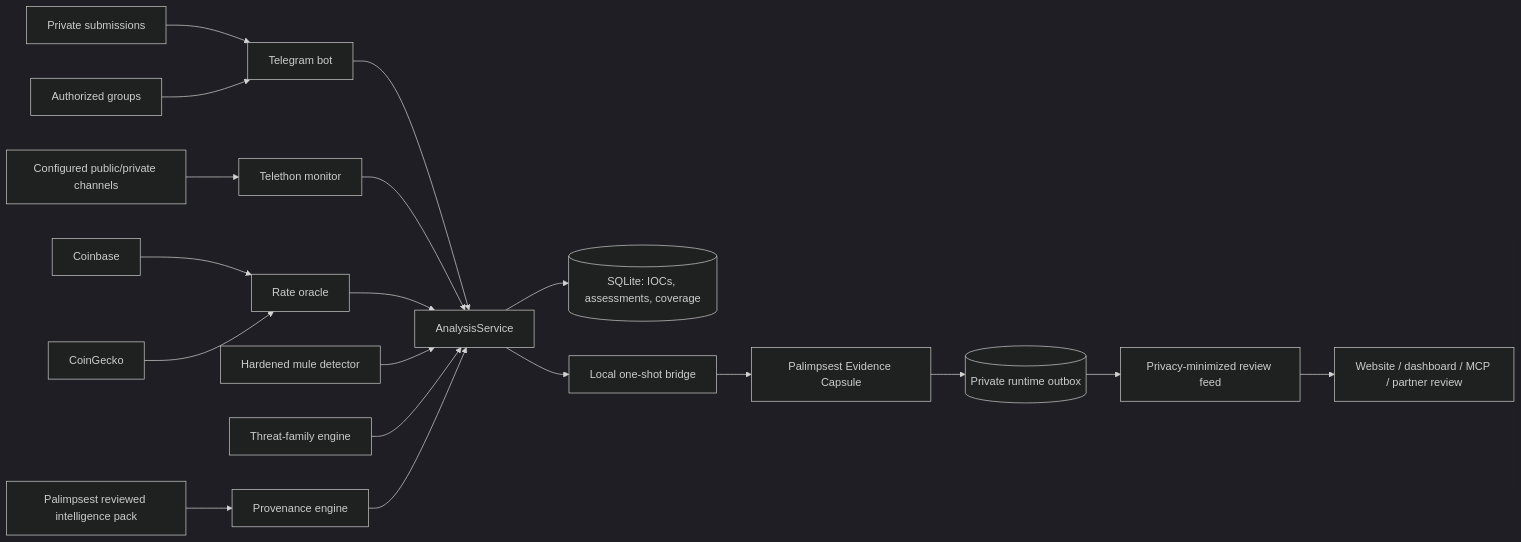
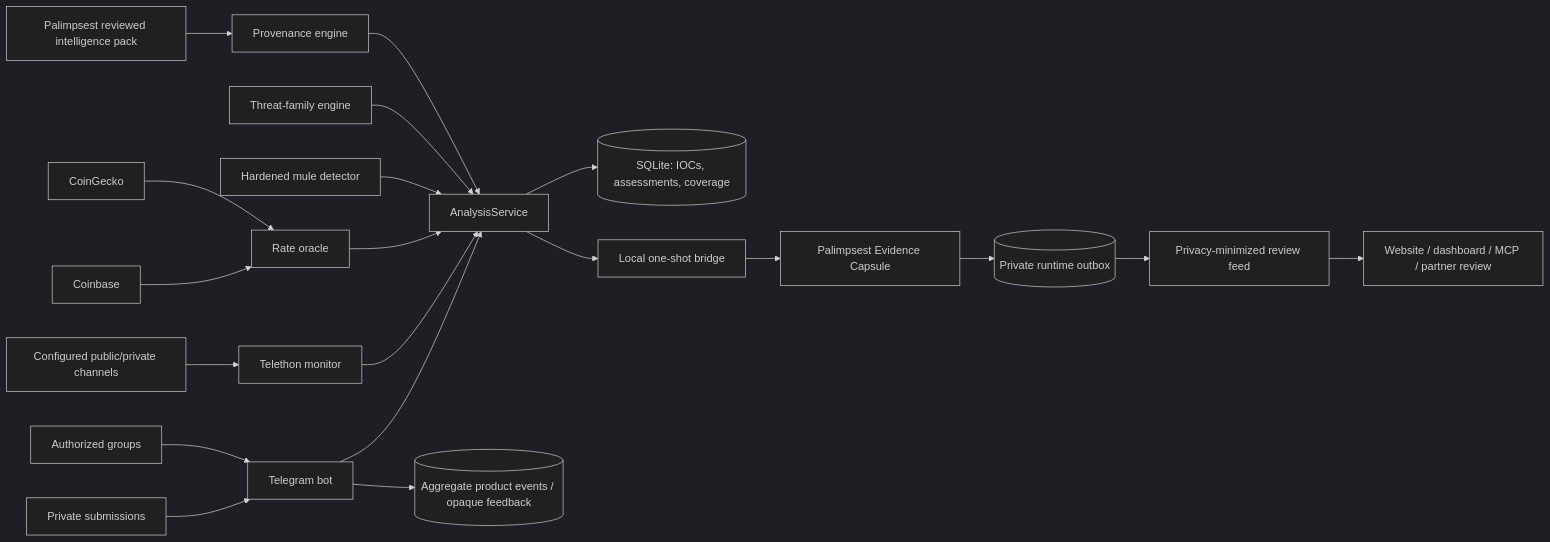
Before and after one commit to beepboop2025/scamshield: the diagram in docs/ARCHITECTURE_V3.md, drawn with Mermaid (dark theme). The commit also changed other lines of this file and 7 other files, not shown here.

````diff
--- a/docs/ARCHITECTURE_V3.md
+++ b/docs/ARCHITECTURE_V3.md
@@ -25,24 +25,25 @@
 ```mermaid
 flowchart LR
     U[Private submissions] --> B[Telegram bot]
     G[Authorized groups] --> B
     C[Configured public/private channels] --> M[Telethon monitor]
     B --> A[AnalysisService]
     M --> A
 
     R1[Coinbase] --> R[Rate oracle]
     R2[CoinGecko] --> R
     R --> A
 
     P[Palimpsest reviewed intelligence pack] --> V[Provenance engine]
     D[Hardened mule detector] --> A
     T[Threat-family engine] --> A
     V --> A
 
     A --> S[(SQLite: IOCs, assessments, coverage)]
+    B --> Q[(Aggregate product events / opaque feedback)]
     A --> X[Local one-shot bridge]
     X --> E[Palimpsest Evidence Capsule]
     E --> O[(Private runtime outbox)]
     O --> F[Privacy-minimized review feed]
     F --> W[Website / dashboard / MCP / partner review]
 ```
````
